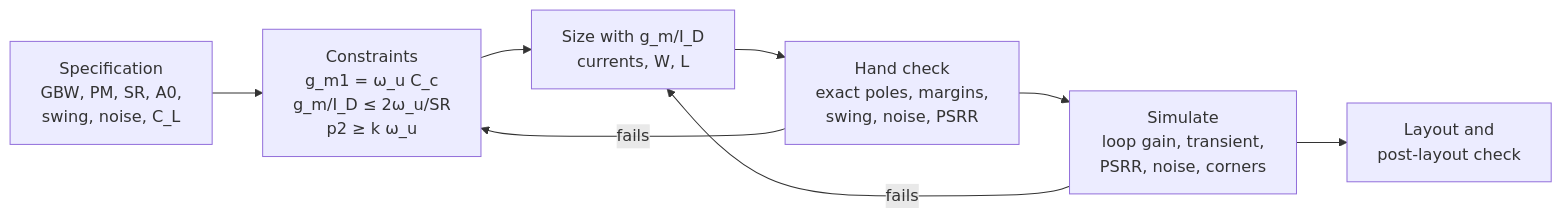
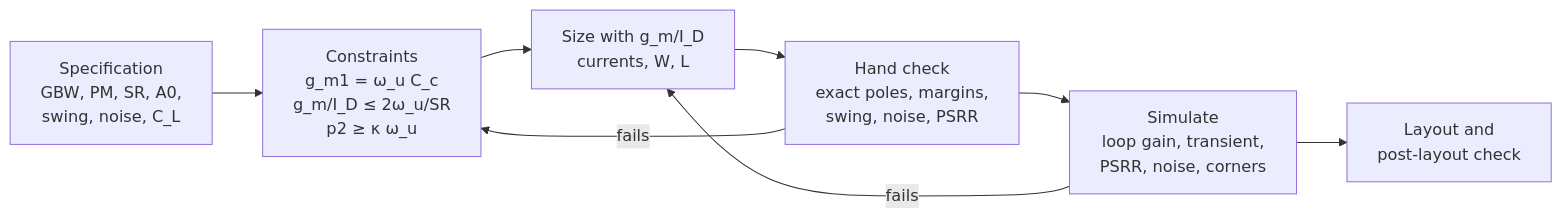
One commit to FrankHuang94/EE_database_claude changed the diagram in courses/20-analog-and-mixed-signal-ic-design/chapters/20-02-two-stage-op-amp-design.md. Above: the diagram before and after it, drawn with Mermaid. The commit also changed other lines of this file and 22 other files, not shown here.

````diff
--- a/courses/20-analog-and-mixed-signal-ic-design/chapters/20-02-two-stage-op-amp-design.md
+++ b/courses/20-analog-and-mixed-signal-ic-design/chapters/20-02-two-stage-op-amp-design.md
@@ -30,10 +30,10 @@
 ```mermaid
 flowchart LR
-    A[Specification<br/>GBW, PM, SR, A0,<br/>swing, noise, C_L] --> B[Constraints<br/>g_m1 = ω_u C_c<br/>g_m/I_D ≤ 2ω_u/SR<br/>p2 ≥ k ω_u]
+    A[Specification<br/>GBW, PM, SR, A0,<br/>swing, noise, C_L] --> B[Constraints<br/>g_m1 = ω_u C_c<br/>g_m/I_D ≤ 2ω_u/SR<br/>p2 ≥ κ ω_u]
     B --> C[Size with g_m/I_D<br/>currents, W, L]
     C --> D[Hand check<br/>exact poles, margins,<br/>swing, noise, PSRR]
     D -->|fails| B
     D --> E[Simulate<br/>loop gain, transient,<br/>PSRR, noise, corners]
     E -->|fails| C
     E --> F[Layout and<br/>post-layout check]
 ```
````
